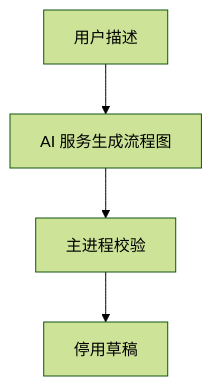
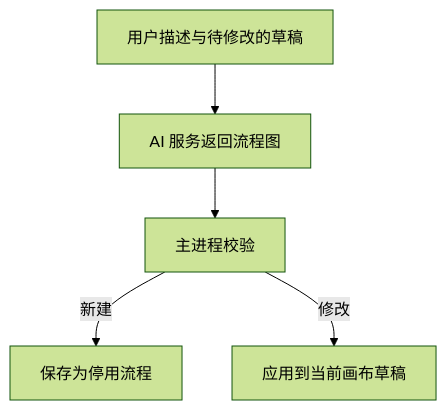
Before and after one commit to kentxxq/KHooks: the fourth of 5 diagrams in docs/design/architecture.md, drawn with Mermaid (forest theme). The commit also changed other lines of this file and 6 other files, not shown here.

````diff
--- a/docs/design/architecture.md
+++ b/docs/design/architecture.md
@@ -87,6 +87,7 @@
 ```mermaid
 flowchart TD
-    Prompt["用户描述"] --> AI["AI 服务生成流程图"]
+    Prompt["用户描述与待修改的草稿"] --> AI["AI 服务返回流程图"]
     AI --> Validation["主进程校验"]
-    Validation --> Draft["停用草稿"]
+    Validation -->|"新建"| New["保存为停用流程"]
+    Validation -->|"修改"| Draft["应用到当前画布草稿"]
 ```
````
